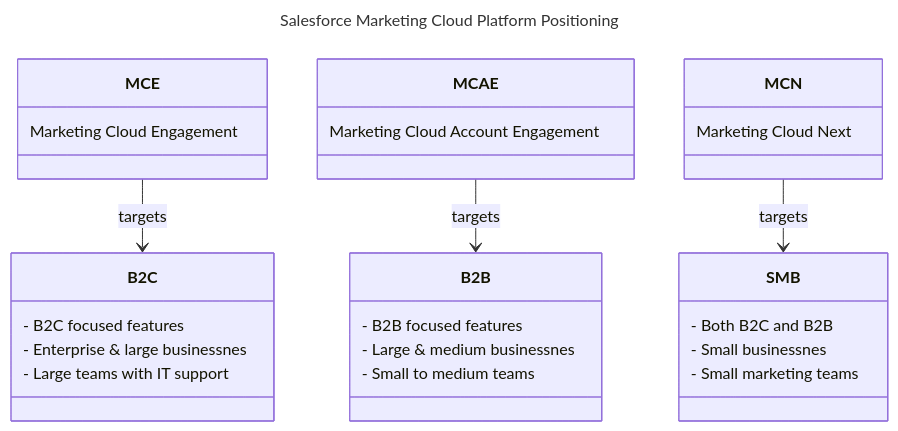
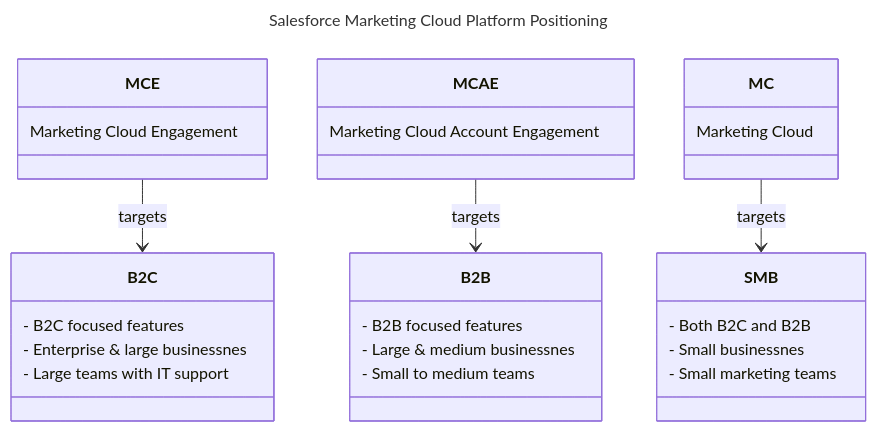
The diagram in sites/faq/salesforce/what-is-the-difference-between-sf-marketing-clouds.mdx (MateuszDabrowski/mateuszdabrowski.pl), drawn with Mermaid before and after one commit. The commit also changed other lines of this file and 1 other file, not shown here.

Commit message:
Updated draft of SF Marketing Products FAQ

````diff
--- a/sites/faq/salesforce/what-is-the-difference-between-sf-marketing-clouds.mdx
+++ b/sites/faq/salesforce/what-is-the-difference-between-sf-marketing-clouds.mdx
@@ -31,39 +45,39 @@
 ```mermaid
 ---
 title: Salesforce Marketing Cloud Platform Positioning
 ---
 classDiagram
 
     %% Platform Classes
     class MCE {
       Marketing Cloud Engagement
     }
     class MCAE {
       Marketing Cloud Account Engagement
     }
-    class MCN {
-      Marketing Cloud Next
+    class MC {
+      Marketing Cloud
     }
 
     %% Target Audience Classes
     class B2C {
       - B2C focused features
       - Enterprise & large businessnes
       - Large teams with IT support
     }
     class B2B {
       - B2B focused features
       - Large & medium businessnes
       - Small to medium teams
     }
     class SMB {
       - Both B2C and B2B
       - Small businessnes
       - Small marketing teams
     }
 
     %% Define Relationships between Platforms and their Audiences
     MCE --> B2C : targets
     MCAE --> B2B : targets
-    MCN --> SMB : targets
+    MC --> SMB : targets
 ```
````
